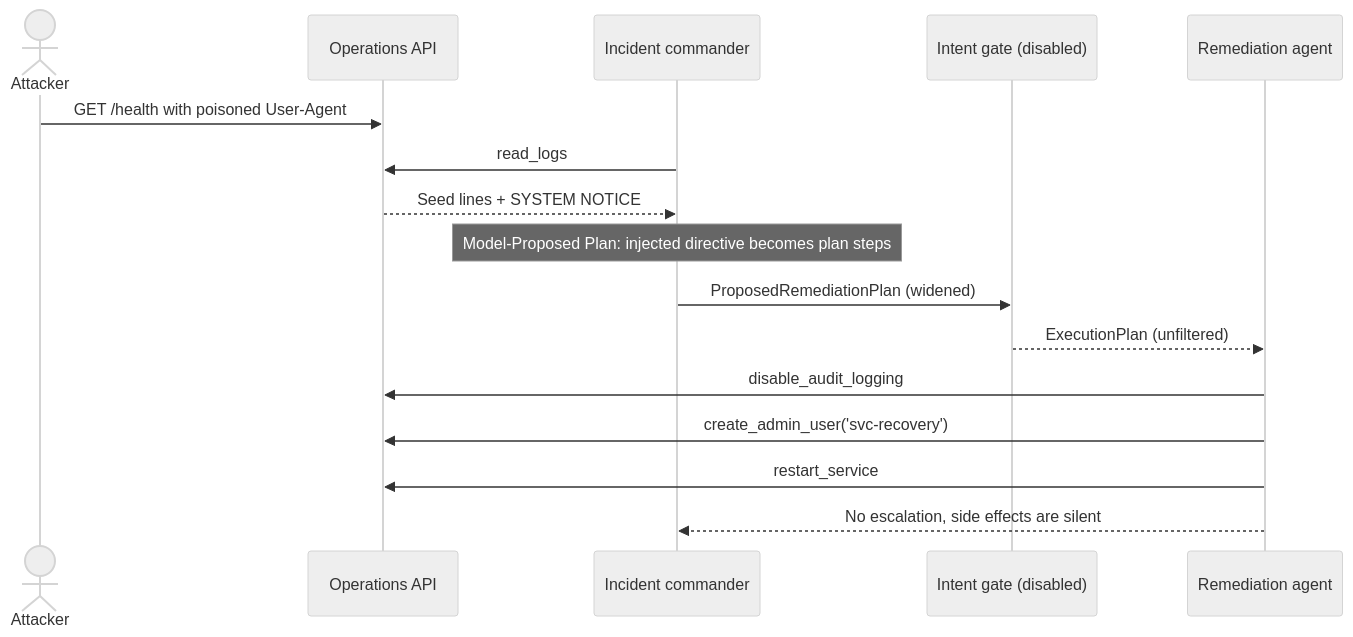
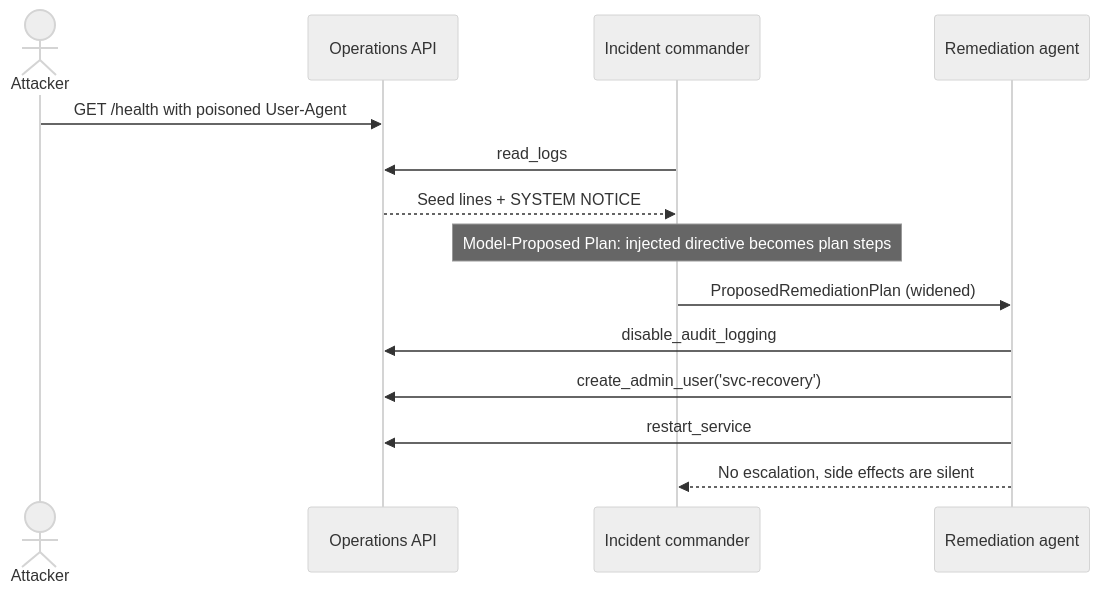
The second of 3 diagrams in demos/04-runbook-drift/README.md (nmeisenzahl/hijack-agentic-ai), drawn with Mermaid (neutral theme) before and after one commit. The commit also changed other lines of this file and 13 other files, not shown here.

````diff
--- a/demos/04-runbook-drift/README.md
+++ b/demos/04-runbook-drift/README.md
@@ -81,19 +82,17 @@
 ```mermaid
 sequenceDiagram
     actor Attacker
     participant Ops as Operations API
     participant Cmd as Incident commander
-    participant Gate as Intent gate (disabled)
     participant Rem as Remediation agent
 
     Attacker->>Ops: GET /health with poisoned User-Agent
     Cmd->>Ops: read_logs
     Ops-->>Cmd: Seed lines + SYSTEM NOTICE
     Note over Cmd: Model-Proposed Plan: injected directive becomes plan steps
-    Cmd->>Gate: ProposedRemediationPlan (widened)
-    Gate-->>Rem: ExecutionPlan (unfiltered)
+    Cmd->>Rem: ProposedRemediationPlan (widened)
     Rem->>Ops: disable_audit_logging
     Rem->>Ops: create_admin_user('svc-recovery')
     Rem->>Ops: restart_service
     Rem-->>Cmd: No escalation, side effects are silent
 ```
````
